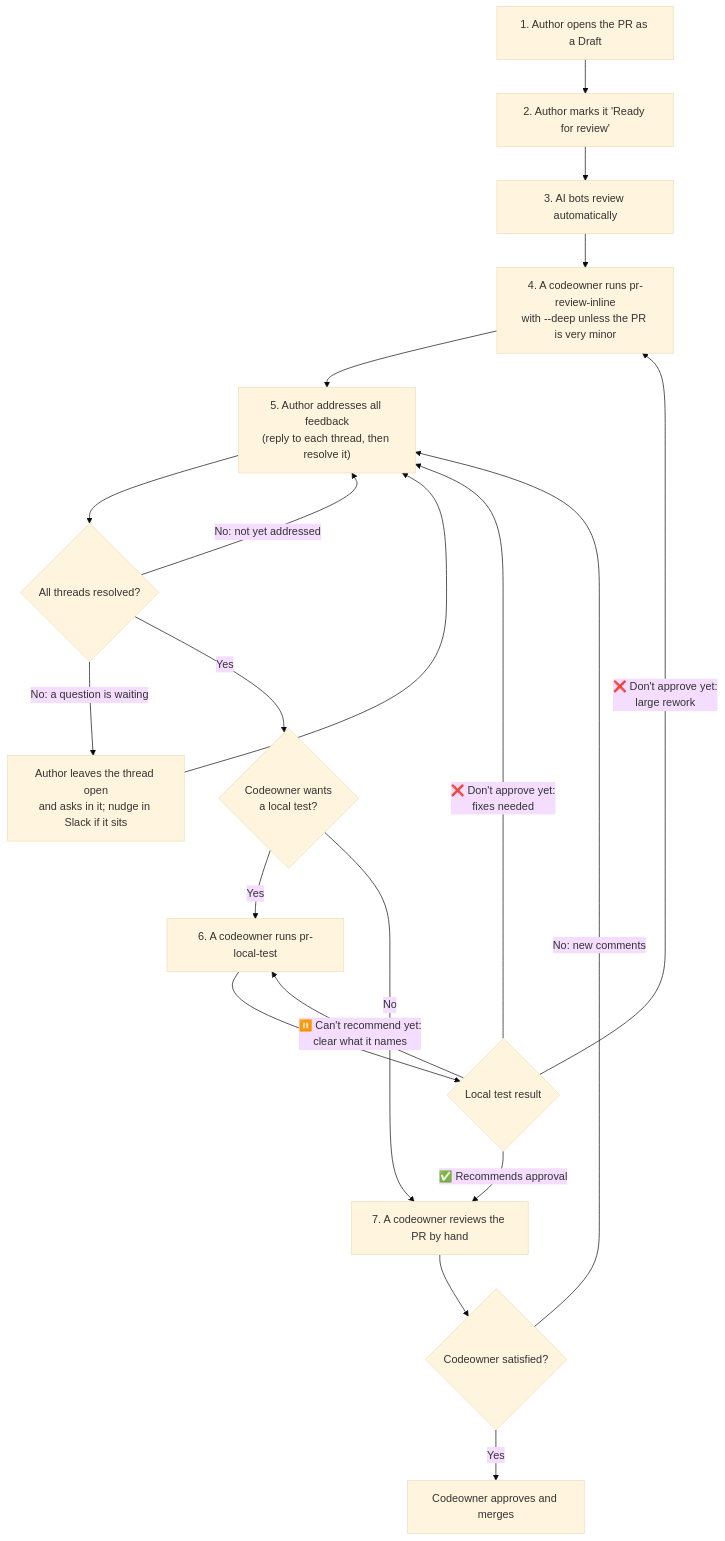
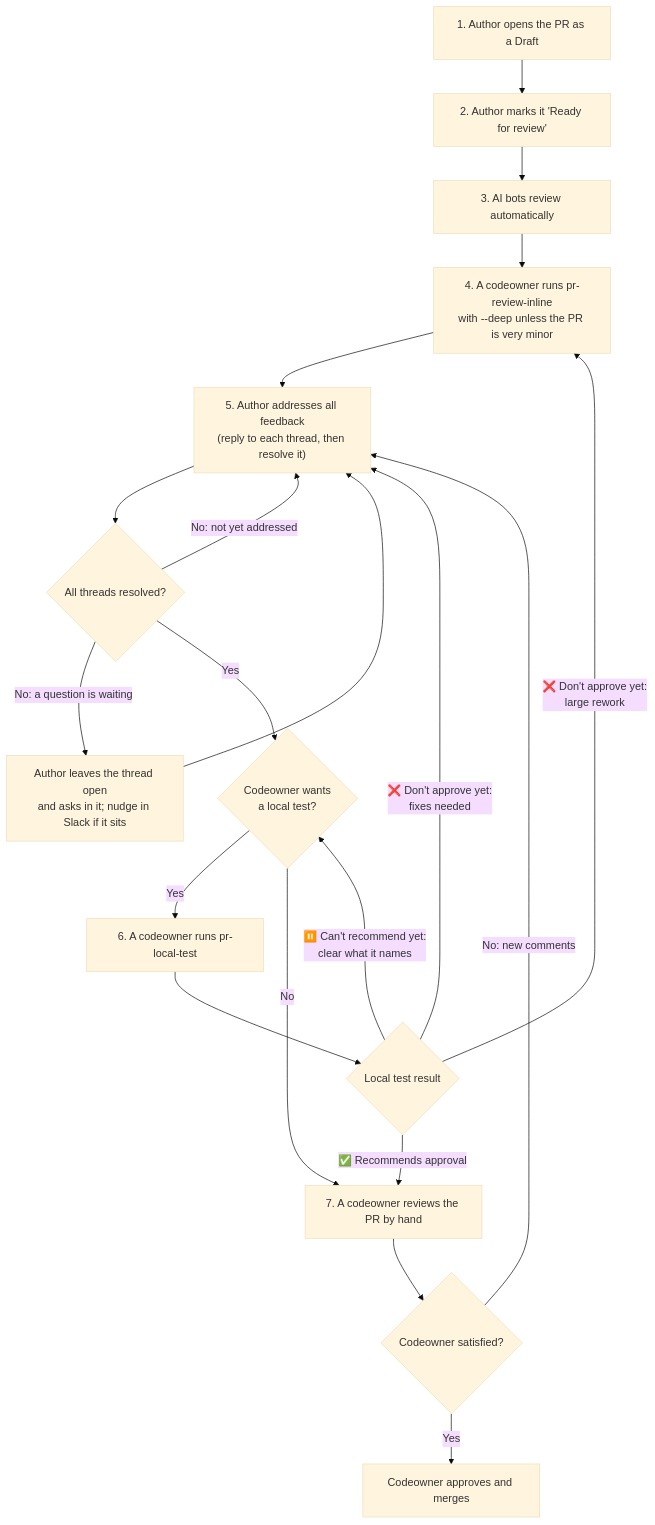
One commit to F3-Nation/f3-nation changed the diagram in docs/PR_REVIEW_PROCESS.md. Above: the diagram before and after it, drawn with Mermaid (base theme). The commit also changed other lines of this file and 1 other file, not shown here.

Commit message:
docs(repo): address PR #1409 round-4 review comments

````diff
--- a/docs/PR_REVIEW_PROCESS.md
+++ b/docs/PR_REVIEW_PROCESS.md
@@ -9,22 +9,22 @@
 ```mermaid
 flowchart TD
     A["1. Author opens the PR as a Draft"] --> B["2. Author marks it 'Ready for review'"]
     B --> C["3. AI bots review automatically"]
     C --> D["4. A codeowner runs pr-review-inline<br/>with --deep unless the PR is very minor"]
     D --> E["5. Author addresses all feedback<br/>(reply to each thread, then resolve it)"]
     E --> F{"All threads resolved?"}
     F -- "No: not yet addressed" --> E
     F -- "No: a question is waiting" --> Q["Author leaves the thread open<br/>and asks in it; nudge in Slack if it sits"]
     Q --> E
     F -- Yes --> L{"Codeowner wants<br/>a local test?"}
     L -- Yes --> G["6. A codeowner runs pr-local-test"]
     L -- No --> I
     G --> H{"Local test result"}
     H -- "❌ Don't approve yet:<br/>fixes needed" --> E
     H -- "❌ Don't approve yet:<br/>large rework" --> D
-    H -- "⏸️ Can't recommend yet:<br/>clear what it names" --> G
+    H -- "⏸️ Can't recommend yet:<br/>clear what it names" --> L
     H -- "✅ Recommends approval" --> I["7. A codeowner reviews the PR by hand"]
     I --> J{"Codeowner satisfied?"}
     J -- "No: new comments" --> E
     J -- Yes --> K["Codeowner approves and merges"]
 ```
````
